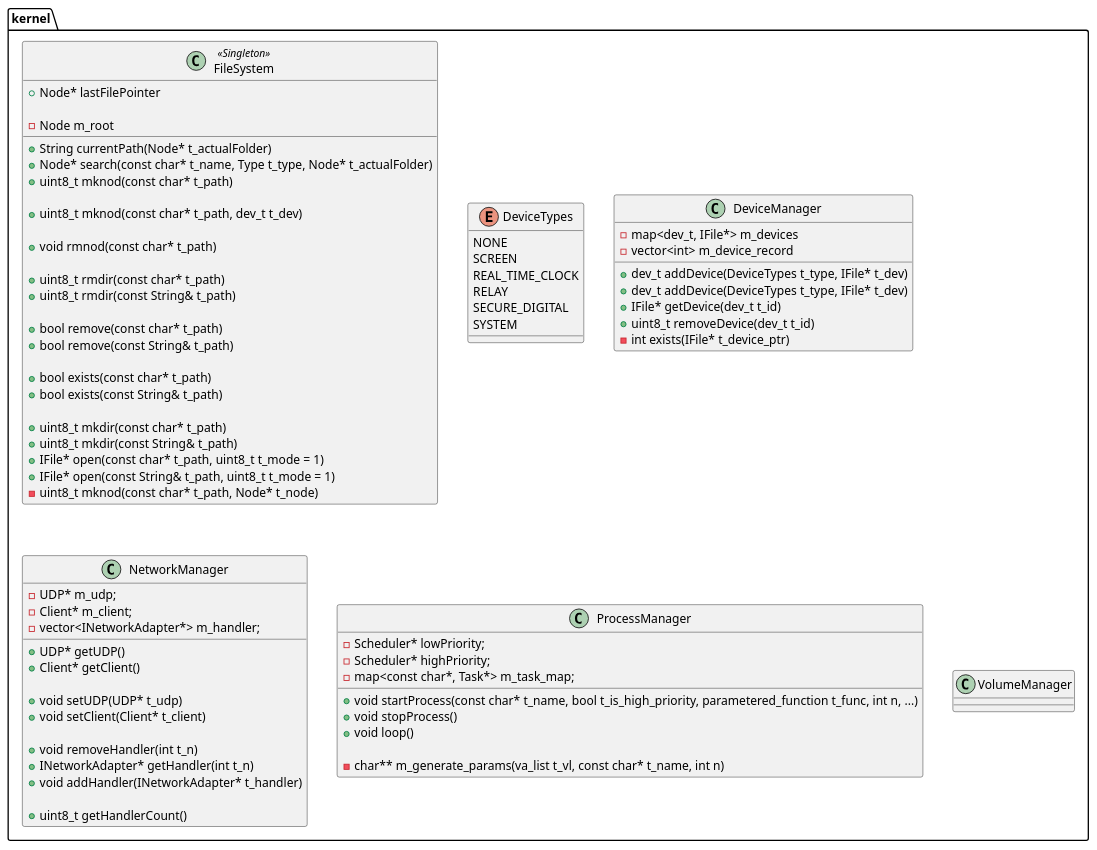
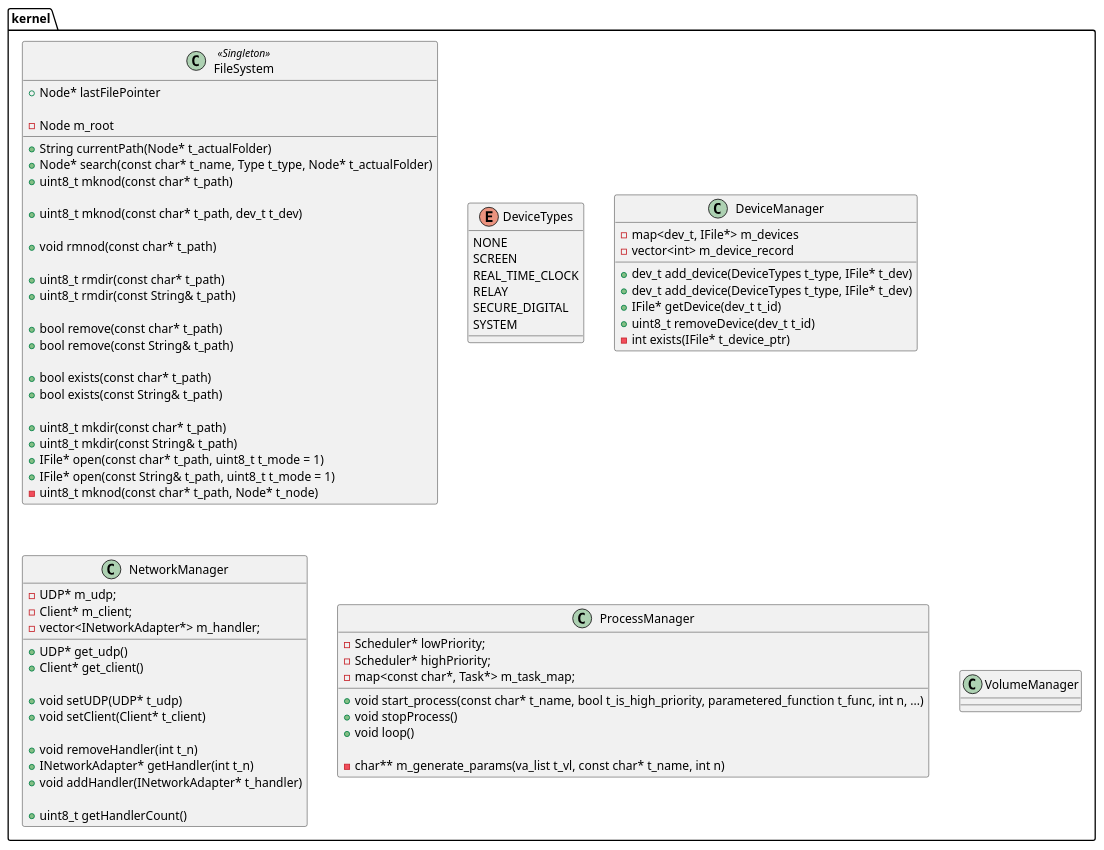
One commit to Patrik119HUN/HomeEmbeddedOs changed the diagram in kernel.puml. Above: the diagram before and after it, drawn with PlantUML. The commit also changed 20 other files, not shown here.

```diff
--- a/kernel.puml
+++ b/kernel.puml
@@ -1,81 +1,81 @@
 @startuml Kernel
 package "kernel"{
     class FileSystem << Singleton >>{
         + String currentPath(Node* t_actualFolder)
         + Node* search(const char* t_name, Type t_type, Node* t_actualFolder)
         + uint8_t mknod(const char* t_path)
 
         + uint8_t mknod(const char* t_path, dev_t t_dev)
 
         + void rmnod(const char* t_path)
 
         + uint8_t rmdir(const char* t_path)
         + uint8_t rmdir(const String& t_path)
 
         + bool remove(const char* t_path)
         + bool remove(const String& t_path)
 
         + bool exists(const char* t_path)
         + bool exists(const String& t_path)
 
         + uint8_t mkdir(const char* t_path)
         + uint8_t mkdir(const String& t_path)
         + IFile* open(const char* t_path, uint8_t t_mode = 1)
         + IFile* open(const String& t_path, uint8_t t_mode = 1)
         + Node* lastFilePointer
 
         - uint8_t mknod(const char* t_path, Node* t_node)
         - Node m_root
     }
 
     enum DeviceTypes{
         NONE
         SCREEN
         REAL_TIME_CLOCK
         RELAY
         SECURE_DIGITAL
         SYSTEM
     }
     class DeviceManager {
-        + dev_t addDevice(DeviceTypes t_type, IFile* t_dev)
-        + dev_t addDevice(DeviceTypes t_type, IFile* t_dev)
+        + dev_t add_device(DeviceTypes t_type, IFile* t_dev)
+        + dev_t add_device(DeviceTypes t_type, IFile* t_dev)
         + IFile* getDevice(dev_t t_id)
         + uint8_t removeDevice(dev_t t_id)
 
         - map<dev_t, IFile*> m_devices
         - vector<int> m_device_record
         - int exists(IFile* t_device_ptr)
     }
     class NetworkManager{
-        + UDP* getUDP()
-        + Client* getClient()
+        + UDP* get_udp()
+        + Client* get_client()
 
         + void setUDP(UDP* t_udp)
         + void setClient(Client* t_client)
 
         + void removeHandler(int t_n)
         + INetworkAdapter* getHandler(int t_n)
         + void addHandler(INetworkAdapter* t_handler)
 
         + uint8_t getHandlerCount()
 
         - UDP* m_udp;
         - Client* m_client;
         - vector<INetworkAdapter*> m_handler;
     }
     class ProcessManager{
-        + void startProcess(const char* t_name, bool t_is_high_priority, parametered_function t_func, int n, ...)
+        + void start_process(const char* t_name, bool t_is_high_priority, parametered_function t_func, int n, ...)
         + void stopProcess()
         + void loop()
 
         - char** m_generate_params(va_list t_vl, const char* t_name, int n)
         - Scheduler* lowPriority;
         - Scheduler* highPriority;
         - map<const char*, Task*> m_task_map;
     }
     class VolumeManager{
 
     }
 
 }
 @enduml
```
